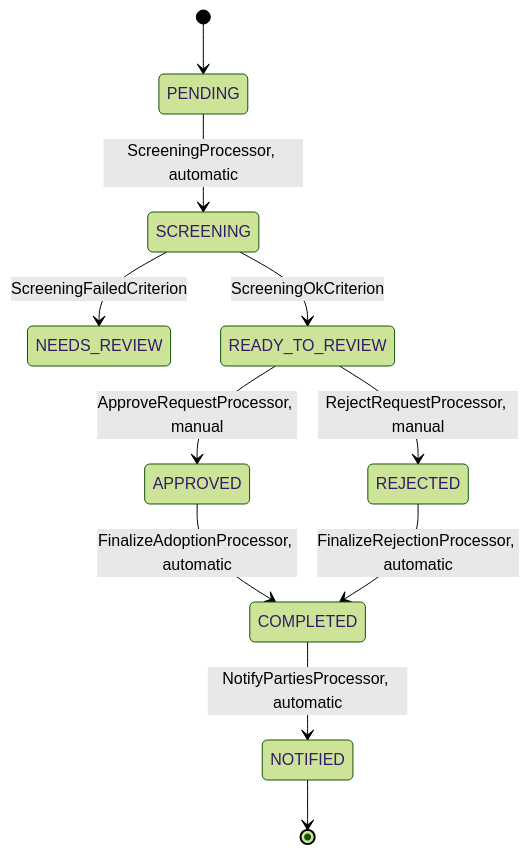
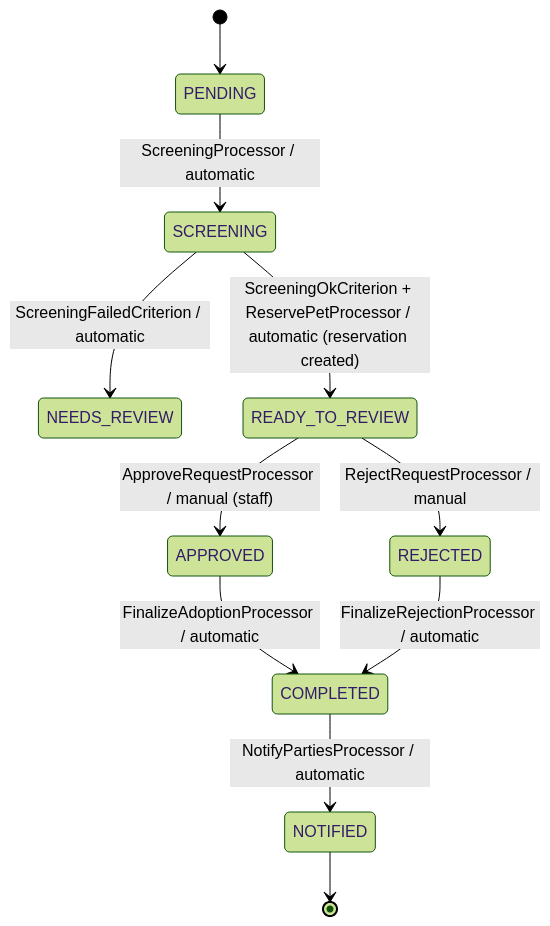
One commit to Cyoda-platform/java-client-template changed the third of 4 diagrams in src/main/java/com/java_template/prototype/functional_requirement.md. Above: the diagram before and after it, drawn with Mermaid (forest theme). The commit also changed other lines of this file, not shown here.

````diff
--- a/src/main/java/com/java_template/prototype/functional_requirement.md
+++ b/src/main/java/com/java_template/prototype/functional_requirement.md
@@ -97,13 +130,13 @@
 ```mermaid
 stateDiagram-v2
     [*] --> PENDING
-    PENDING --> SCREENING : ScreeningProcessor, automatic
-    SCREENING --> NEEDS_REVIEW : ScreeningFailedCriterion
-    SCREENING --> READY_TO_REVIEW : ScreeningOkCriterion
-    READY_TO_REVIEW --> APPROVED : ApproveRequestProcessor, manual
-    READY_TO_REVIEW --> REJECTED : RejectRequestProcessor, manual
-    APPROVED --> COMPLETED : FinalizeAdoptionProcessor, automatic
-    REJECTED --> COMPLETED : FinalizeRejectionProcessor, automatic
-    COMPLETED --> NOTIFIED : NotifyPartiesProcessor, automatic
+    PENDING --> SCREENING : ScreeningProcessor / automatic
+    SCREENING --> NEEDS_REVIEW : ScreeningFailedCriterion / automatic
+    SCREENING --> READY_TO_REVIEW : ScreeningOkCriterion + ReservePetProcessor / automatic (reservation created)
+    READY_TO_REVIEW --> APPROVED : ApproveRequestProcessor / manual (staff)
+    READY_TO_REVIEW --> REJECTED : RejectRequestProcessor / manual
+    APPROVED --> COMPLETED : FinalizeAdoptionProcessor / automatic
+    REJECTED --> COMPLETED : FinalizeRejectionProcessor / automatic
+    COMPLETED --> NOTIFIED : NotifyPartiesProcessor / automatic
     NOTIFIED --> [*]
 ```
````
